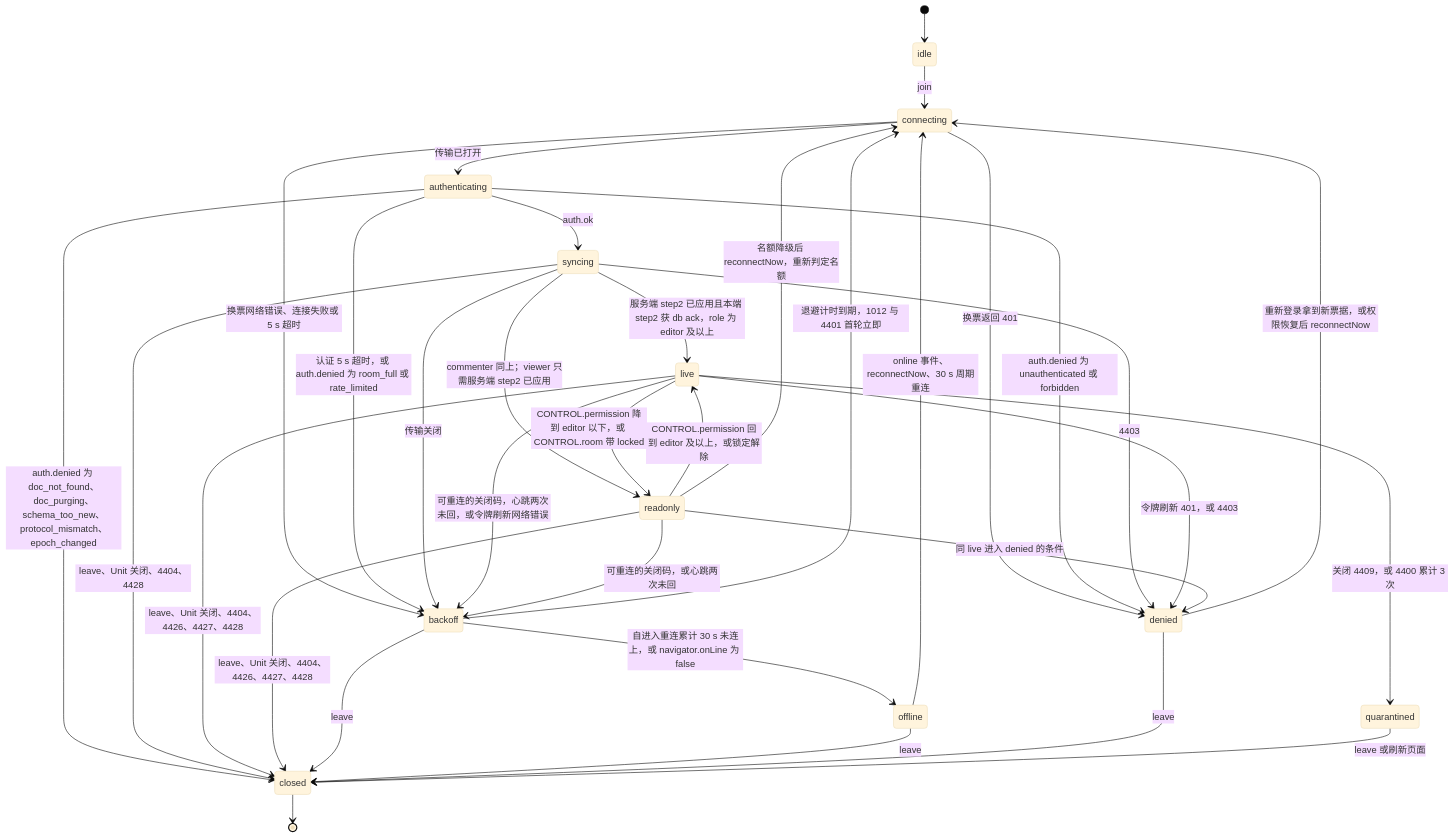
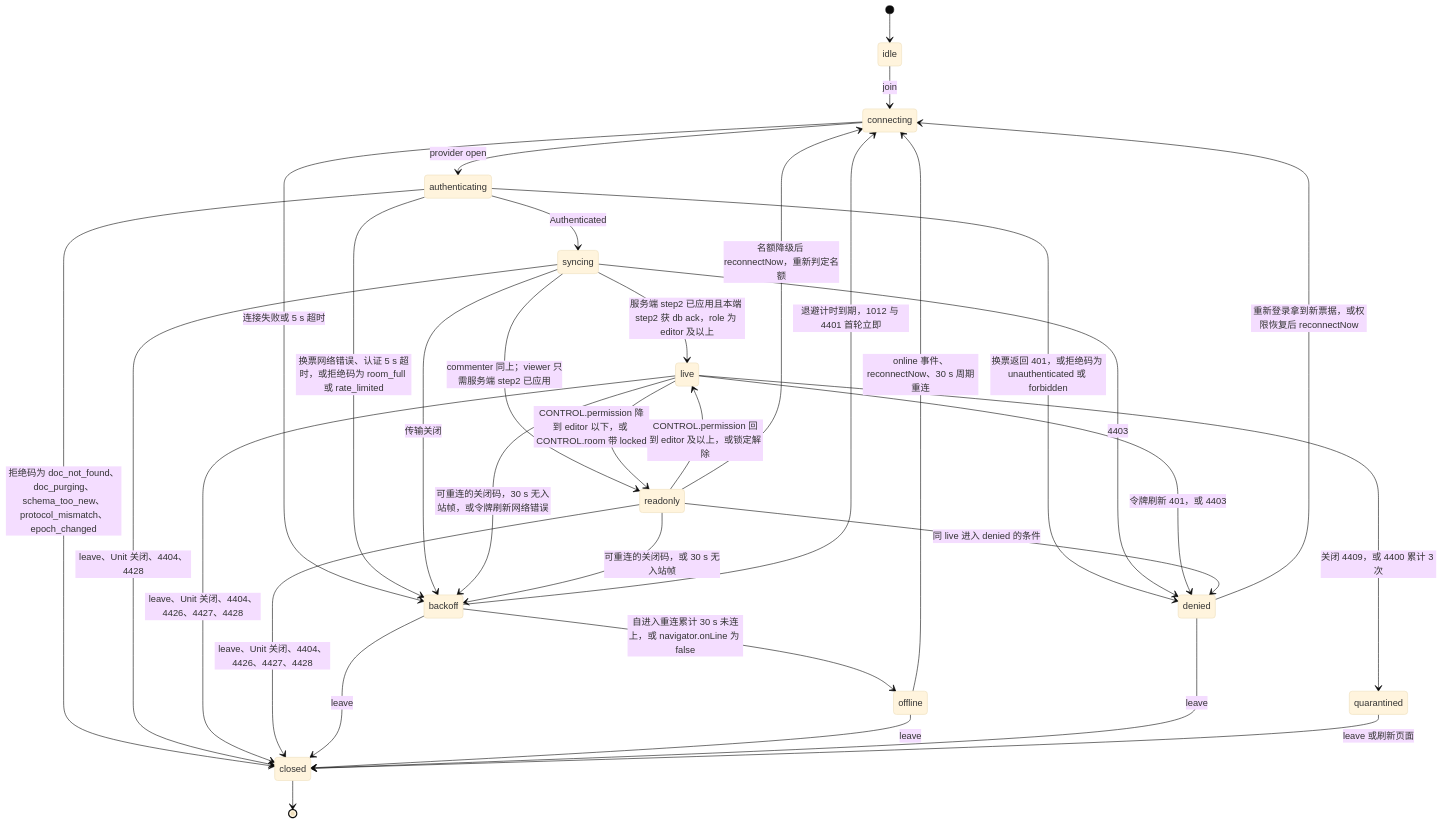
The third of 13 diagrams in docs/50-frontend/07-collaboration-client.md (Xeonice/cordis-ppt-editor), drawn with Mermaid (base theme) before and after one commit. The commit also changed other lines of this file and 22 other files, not shown here.

````diff
--- a/docs/50-frontend/07-collaboration-client.md
+++ b/docs/50-frontend/07-collaboration-client.md
@@ -95,36 +134,35 @@
 ```mermaid
 stateDiagram-v2
   [*] --> idle
   idle --> connecting: join
-  connecting --> authenticating: 传输已打开
-  connecting --> backoff: 换票网络错误、连接失败或 5 s 超时
-  connecting --> denied: 换票返回 401
-  authenticating --> syncing: auth.ok
-  authenticating --> denied: auth.denied 为 unauthenticated 或 forbidden
-  authenticating --> closed: auth.denied 为 doc_not_found、doc_purging、schema_too_new、protocol_mismatch、epoch_changed
-  authenticating --> backoff: 认证 5 s 超时，或 auth.denied 为 room_full 或 rate_limited
+  connecting --> authenticating: provider open
+  connecting --> backoff: 连接失败或 5 s 超时
+  authenticating --> syncing: Authenticated
+  authenticating --> denied: 换票返回 401，或拒绝码为 unauthenticated 或 forbidden
+  authenticating --> closed: 拒绝码为 doc_not_found、doc_purging、schema_too_new、protocol_mismatch、epoch_changed
+  authenticating --> backoff: 换票网络错误、认证 5 s 超时，或拒绝码为 room_full 或 rate_limited
   syncing --> live: 服务端 step2 已应用且本端 step2 获 db ack，role 为 editor 及以上
   syncing --> readonly: commenter 同上；viewer 只需服务端 step2 已应用
   syncing --> backoff: 传输关闭
   syncing --> denied: 4403
   live --> readonly: CONTROL.permission 降到 editor 以下，或 CONTROL.room 带 locked
   readonly --> live: CONTROL.permission 回到 editor 及以上，或锁定解除
   readonly --> connecting: 名额降级后 reconnectNow，重新判定名额
-  live --> backoff: 可重连的关闭码，心跳两次未回，或令牌刷新网络错误
-  readonly --> backoff: 可重连的关闭码，或心跳两次未回
+  live --> backoff: 可重连的关闭码，30 s 无入站帧，或令牌刷新网络错误
+  readonly --> backoff: 可重连的关闭码，或 30 s 无入站帧
   backoff --> connecting: 退避计时到期，1012 与 4401 首轮立即
   backoff --> offline: 自进入重连累计 30 s 未连上，或 navigator.onLine 为 false
   offline --> connecting: online 事件、reconnectNow、30 s 周期重连
   live --> denied: 令牌刷新 401，或 4403
   readonly --> denied: 同 live 进入 denied 的条件
   denied --> connecting: 重新登录拿到新票据，或权限恢复后 reconnectNow
   live --> quarantined: 关闭 4409，或 4400 累计 3 次
   syncing --> closed: leave、Unit 关闭、4404、4428
   live --> closed: leave、Unit 关闭、4404、4426、4427、4428
   readonly --> closed: leave、Unit 关闭、4404、4426、4427、4428
   backoff --> closed: leave
   offline --> closed: leave
   denied --> closed: leave
   quarantined --> closed: leave 或刷新页面
   closed --> [*]
 ```
````
